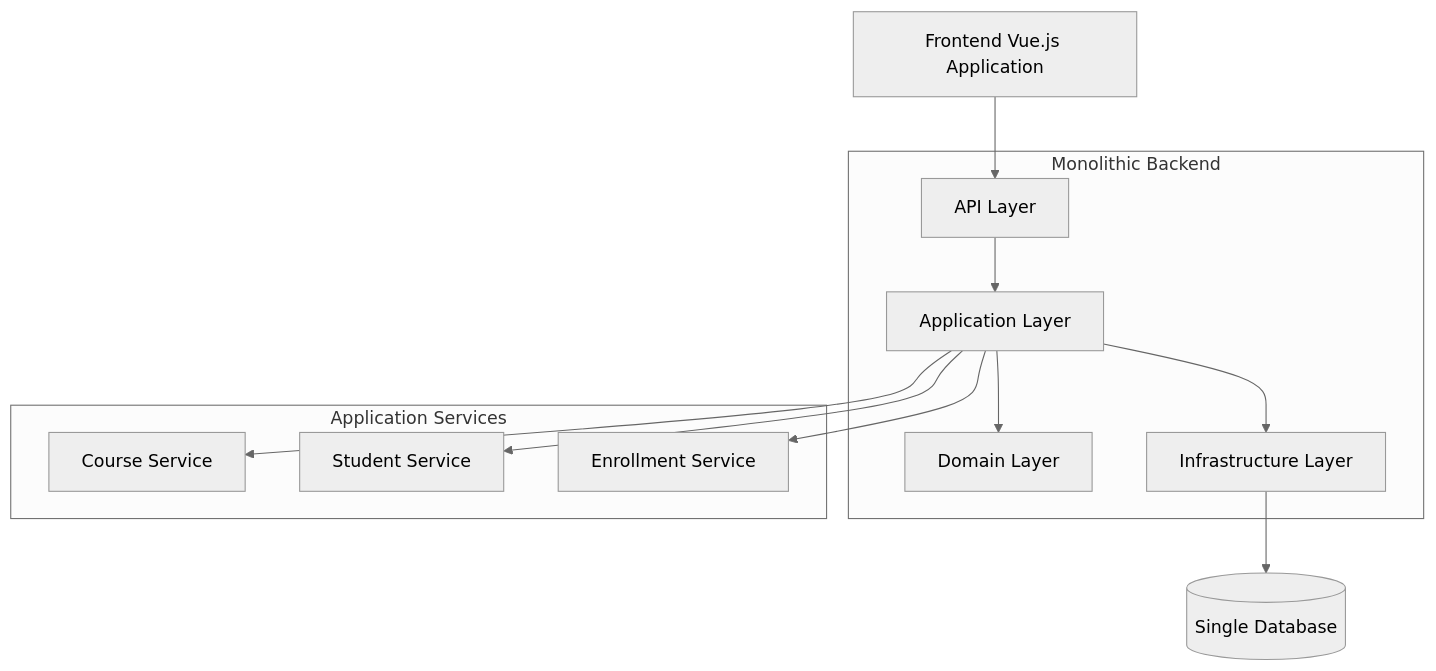
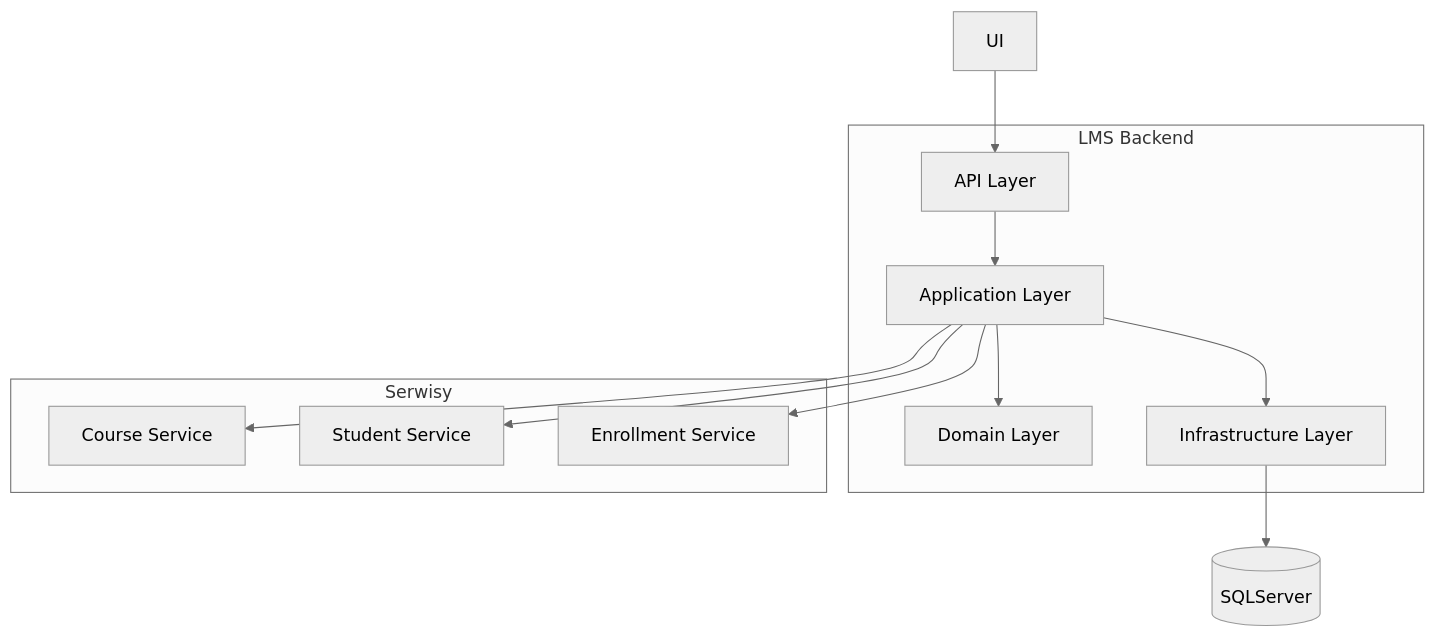
One commit to inc00gnito/master-thesis changed the first of 4 diagrams in monolithic-arch.md. Above: the diagram before and after it, drawn with Mermaid (neutral theme).

````diff
--- a/monolithic-arch.md
+++ b/monolithic-arch.md
@@ -1,29 +1,29 @@
 ```mermaid
 graph TB
-Client[Frontend Vue.js Application]
+Client[UI]
 
-    subgraph "Monolithic Backend"
+    subgraph "LMS Backend"
         API[API Layer]
         AppLayer[Application Layer]
         Domain[Domain Layer]
         DataLayer[Infrastructure Layer]
     end
 
-    Database[(Single Database)]
+    Database[(SQLServer)]
 
     Client --> API
     API --> AppLayer
     AppLayer --> Domain
     AppLayer --> DataLayer
     DataLayer --> Database
 
-    subgraph "Application Services"
+    subgraph "Serwisy"
         CourseService[Course Service]
         StudentService[Student Service]
         EnrollmentService[Enrollment Service]
     end
 
     AppLayer --> CourseService
     AppLayer --> StudentService
     AppLayer --> EnrollmentService
 ```
````
